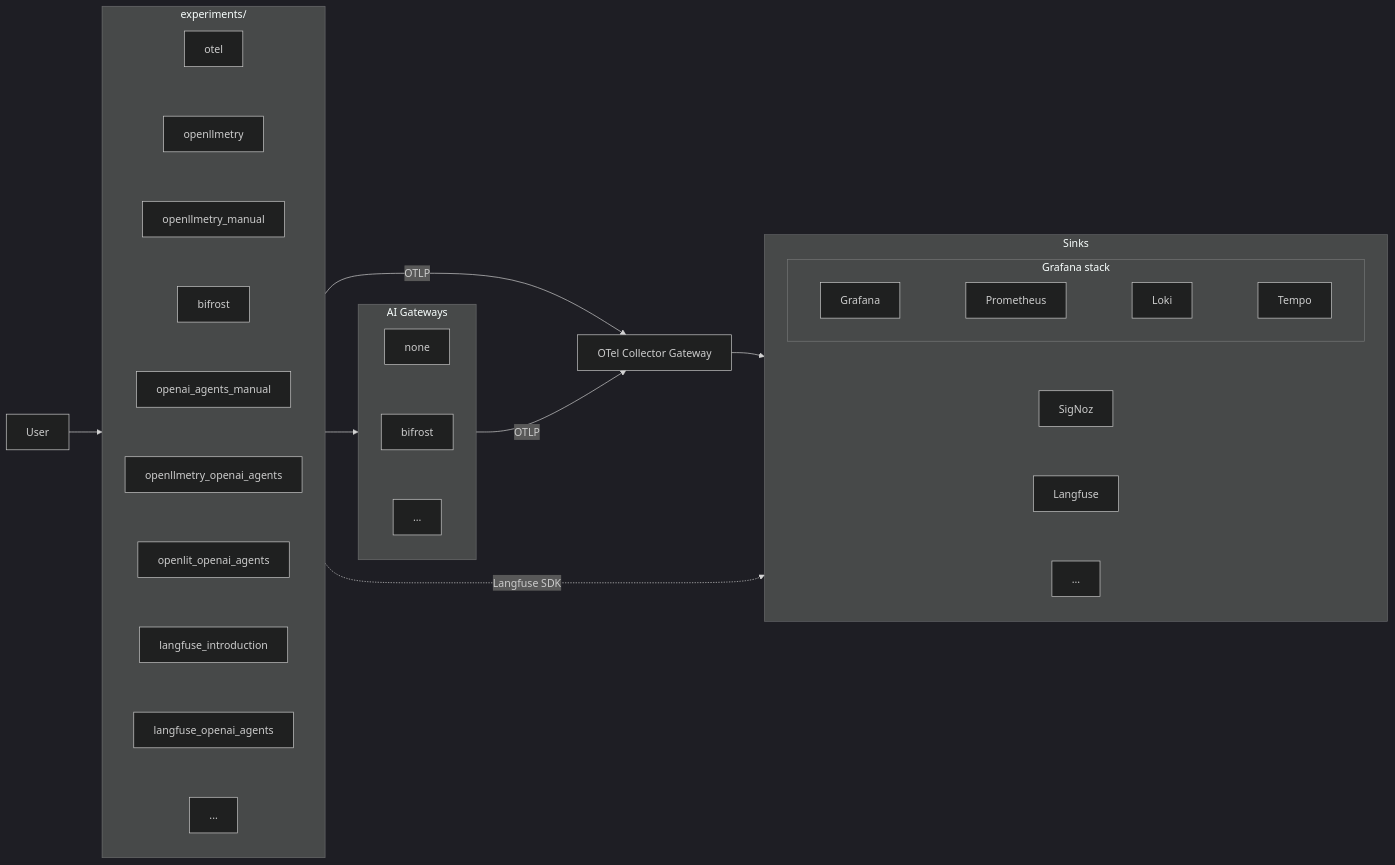
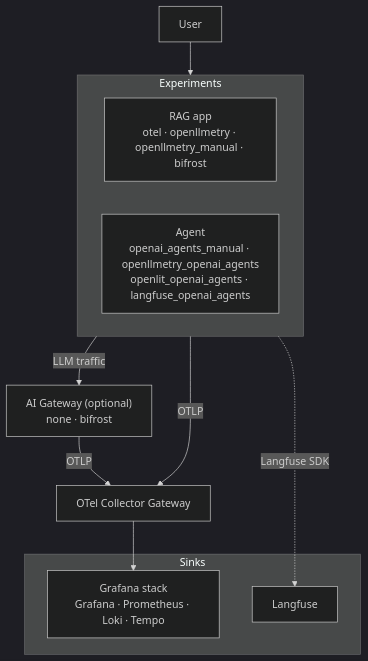
One commit to one2nc/ai_observability changed the diagram in README.md. Above: the diagram before and after it, drawn with Mermaid (dark theme). The commit also changed other lines of this file and 16 other files, not shown here.

````diff
--- a/README.md
+++ b/README.md
@@ -7,30 +12,24 @@
 ```mermaid
-graph LR
-    User --> experiments
+graph TD
+    User[User]
 
-    subgraph experiments["experiments/"]
-        direction TB
-        otel --- openllmetry --- openllmetry_manual --- bifrost --- openai_agents_manual --- openllmetry_openai_agents --- openlit_openai_agents --- langfuse_introduction --- langfuse_openai_agents --- more_exp[...]
+    subgraph apps["Experiments"]
+        rag["RAG app<br/>otel · openllmetry · openllmetry_manual · bifrost"]
+        agent["Agent<br/>openai_agents_manual · openllmetry_openai_agents<br/>openlit_openai_agents · langfuse_openai_agents"]
     end
 
-    subgraph gateways["AI Gateways"]
-        direction TB
-        none_gw[none] --- bifrost_gw[bifrost] --- more_gw[...]
+    gw["AI Gateway (optional)<br/>none · bifrost"]
+    collector["OTel Collector Gateway"]
+
+    subgraph sinks["Sinks"]
+        grafana["Grafana stack<br/>Grafana · Prometheus · Loki · Tempo"]
+        langfuse["Langfuse"]
     end
 
-    subgraph sinks["Sinks"]
-        direction TB
-        subgraph grafana_stack["Grafana stack"]
-            grafana[Grafana] --- prometheus[Prometheus] --- loki[Loki] --- tempo[Tempo]
-        end
-        grafana_stack --- signoz[SigNoz] --- langfuse_sink[Langfuse] --- more_sink[...]
-    end
-
-    experiments --> gateways
-    experiments -->|OTLP| collector[OTel Collector Gateway]
-    gateways -->|OTLP| collector
-    collector --> sinks
-    experiments -.->|Langfuse SDK| langfuse_sink
-
-    linkStyle 1,2,3,4,5,6,7,8,9,10,11,12,13,14,15,16,17 stroke:none
+    User --> apps
+    apps -->|LLM traffic| gw
+    apps -->|OTLP| collector
+    gw -->|OTLP| collector
+    collector --> grafana
+    apps -.->|Langfuse SDK| langfuse
 ```
````
